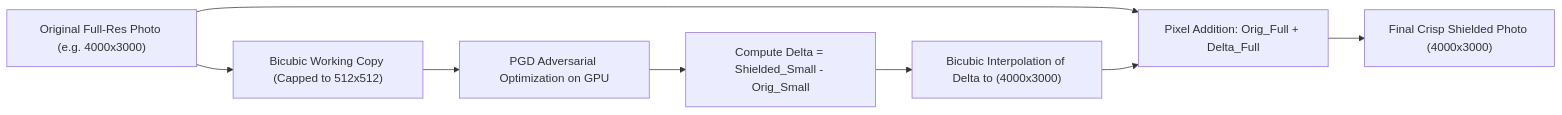
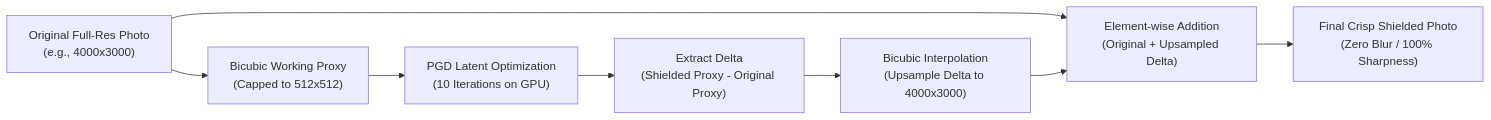
One commit to manasvisharma2231/PhotoShield changed the fifth of 7 diagrams in README.md. Above: the diagram before and after it, drawn with Mermaid. The commit also changed other lines of this file, not shown here.

````diff
--- a/README.md
+++ b/README.md
@@ -549,10 +285,10 @@
 ```mermaid
 flowchart LR
-    A["Original Full-Res Photo (e.g. 4000x3000)"] --> B["Bicubic Working Copy (Capped to 512x512)"]
-    B --> C["PGD Adversarial Optimization on GPU"]
-    C --> D["Compute Delta = Shielded_Small - Orig_Small"]
-    D --> E["Bicubic Interpolation of Delta to (4000x3000)"]
-    A --> F["Pixel Addition: Orig_Full + Delta_Full"]
+    A["Original Full-Res Photo<br/>(e.g., 4000x3000)"] --> B["Bicubic Working Proxy<br/>(Capped to 512x512)"]
+    B --> C["PGD Latent Optimization<br/>(10 Iterations on GPU)"]
+    C --> D["Extract Delta<br/>(Shielded Proxy - Original Proxy)"]
+    D --> E["Bicubic Interpolation<br/>(Upsample Delta to 4000x3000)"]
+    A --> F["Element-wise Addition<br/>(Original + Upsampled Delta)"]
     E --> F
-    F --> G["Final Crisp Shielded Photo (4000x3000)"]
+    F --> G["Final Crisp Shielded Photo<br/>(Zero Blur / 100% Sharpness)"]
 ```
````
